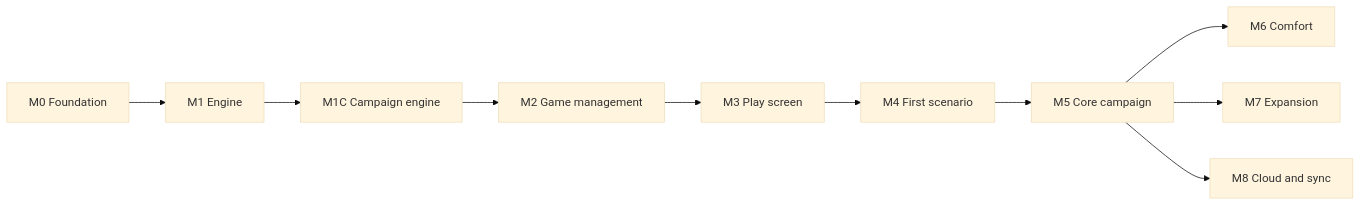
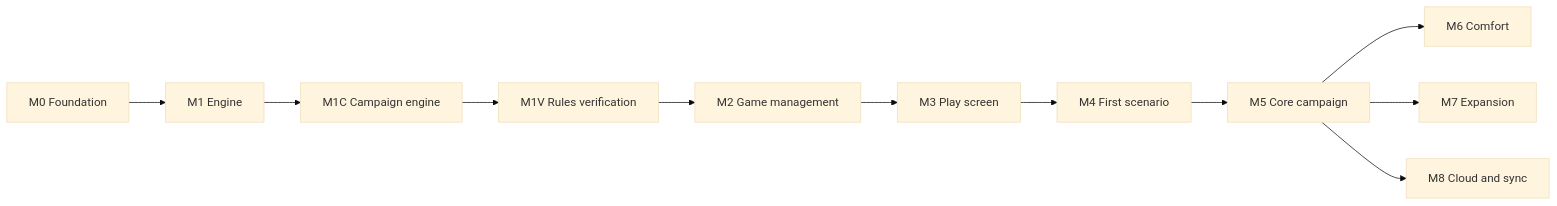
One commit to macandy13/arkham-companion changed the diagram in docs/product.md. Above: the diagram before and after it, drawn with Mermaid (base theme). The commit also changed other lines of this file and 2 other files, not shown here.

Commit message:
docs: show functions where explained, add rules verification milestone
Review on #59: handle/apply/replay/execute and compileSetup sit next to
the text that explains them, with links to commands.ts and events.ts.
The trigger timing in Command handling is marked to verify, and a new
milestone M1V (trigger timing, edge case tests) is in the plan.

Claude-Session: https://claude.ai/code/session_01HYnXm1WzNiMN2NwPt4aMj9

````diff
--- a/docs/product.md
+++ b/docs/product.md
@@ -65,7 +65,7 @@
 ```mermaid
 flowchart LR
-  M0[M0 Foundation] --> M1[M1 Engine] --> M1C[M1C Campaign engine] --> M2[M2 Game management] --> M3[M3 Play screen] --> M4[M4 First scenario] --> M5[M5 Core campaign]
+  M0[M0 Foundation] --> M1[M1 Engine] --> M1C[M1C Campaign engine] --> M1V[M1V Rules verification] --> M2[M2 Game management] --> M3[M3 Play screen] --> M4[M4 First scenario] --> M5[M5 Core campaign]
   M5 --> M6[M6 Comfort]
   M5 --> M7[M7 Expansion]
   M5 --> M8[M8 Cloud and sync]
 ```
````
